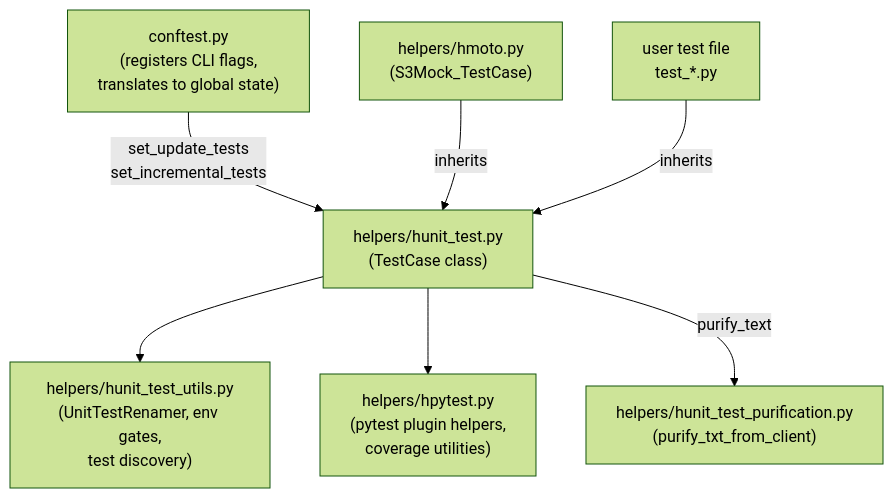
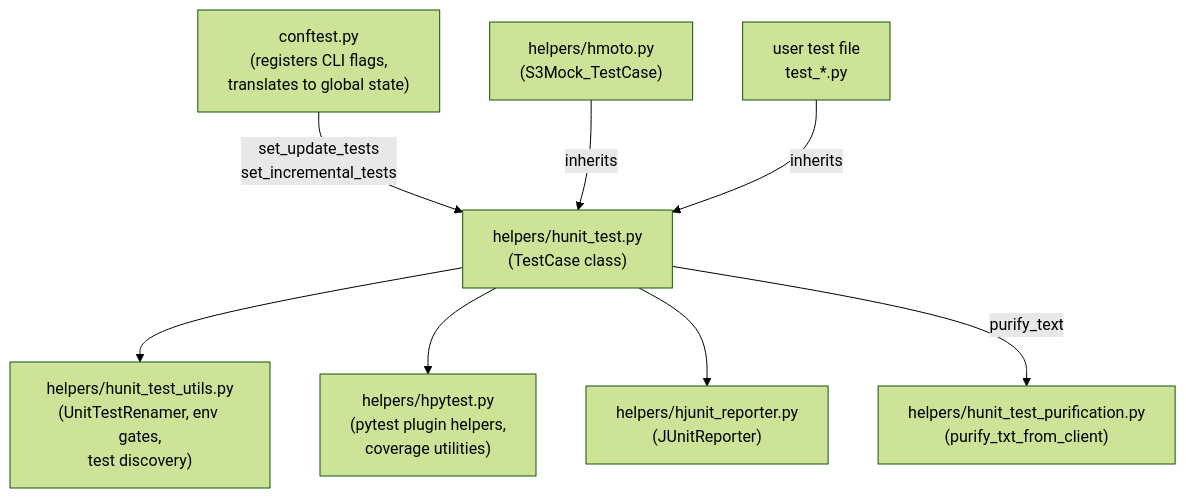
One commit to causify-ai/helpers changed the first of 2 diagrams in helpers/test/docs/all.unit_test_framework.explanation.md. Above: the diagram before and after it, drawn with Mermaid (forest theme). The commit also changed other lines of this file and 9 other files, not shown here.

````diff
--- a/helpers/test/docs/all.unit_test_framework.explanation.md
+++ b/helpers/test/docs/all.unit_test_framework.explanation.md
@@ -46,9 +46,10 @@
 ```mermaid
 graph TD
     conftest["conftest.py\n(registers CLI flags,\ntranslates to global state)"] -->|set_update_tests\nset_incremental_tests| hunit["helpers/hunit_test.py\n(TestCase class)"]
     hunit --> hunitutils["helpers/hunit_test_utils.py\n(UnitTestRenamer, env gates,\ntest discovery)"]
     hunit --> hpytest["helpers/hpytest.py\n(pytest plugin helpers,\ncoverage utilities)"]
+    hunit --> hjunrepo["helpers/hjunit_reporter.py\n(JUnitReporter)"]
     hunit -->|purify_text| hpurify["helpers/hunit_test_purification.py\n(purify_txt_from_client)"]
     hmoto["helpers/hmoto.py\n(S3Mock_TestCase)"] -->|inherits| hunit
     UserTest["user test file\ntest_*.py"] -->|inherits| hunit
 ```
````
